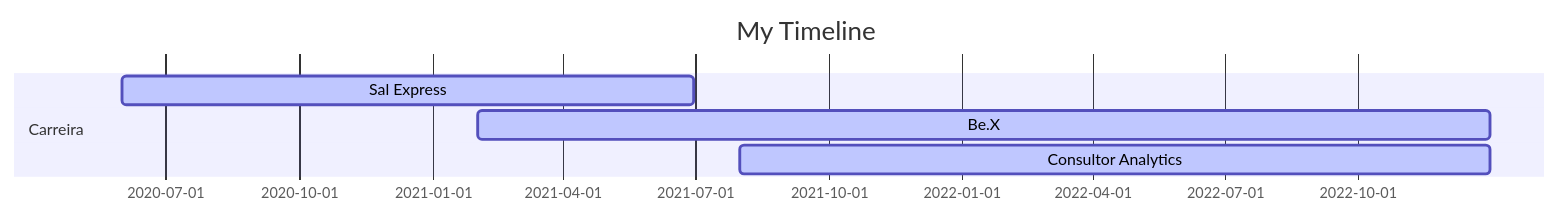
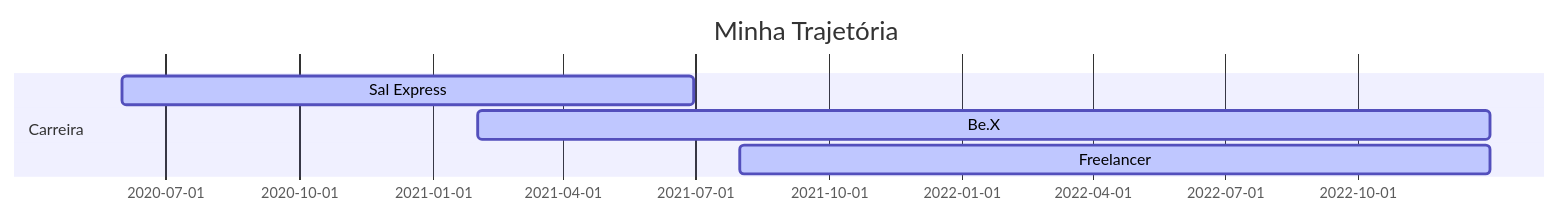
Before and after one commit to julioszeferino/julioszeferino: the diagram in README.md, drawn with Mermaid. The commit also changed other lines of this file, not shown here.

````diff
--- a/README.md
+++ b/README.md
@@ -8,12 +8,12 @@
 ```mermaid
 
 gantt
 dateFormat  YYYY-MM-DD
-title My Timeline
+title Minha Trajetória
 
 section Carreira
 Sal Express           :active,, 2020-06-01,2021-06-30
 Be.X                  :active,, 2021-02-01,2022-12-31
-Consultor Analytics   :active,, 2021-08-01,2022-12-31
+Freelancer   :active,, 2021-08-01,2022-12-31
 
 ```
````
